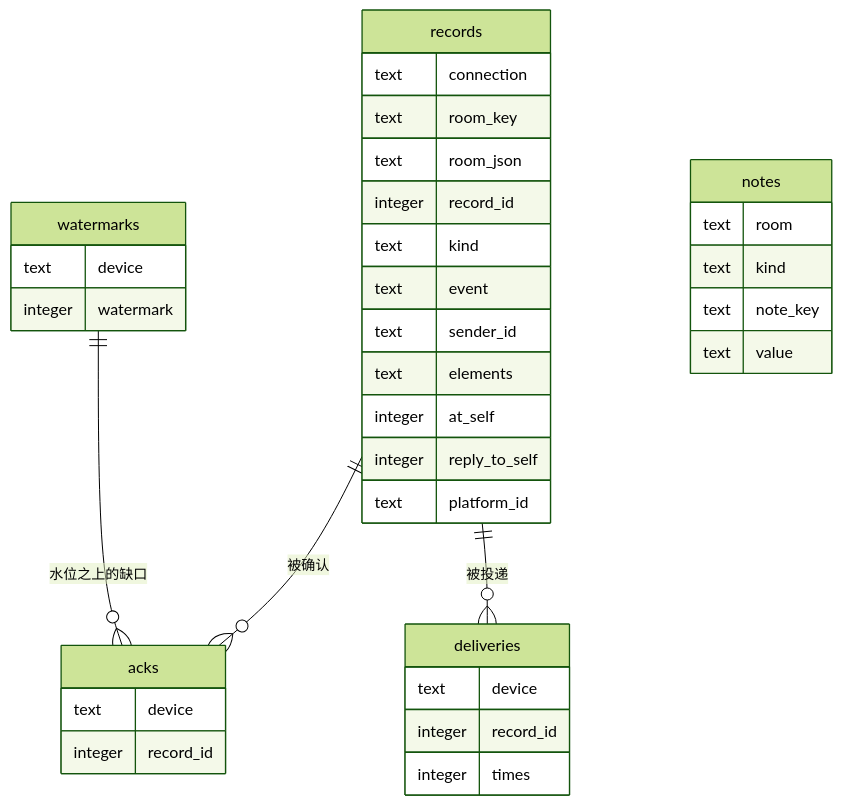
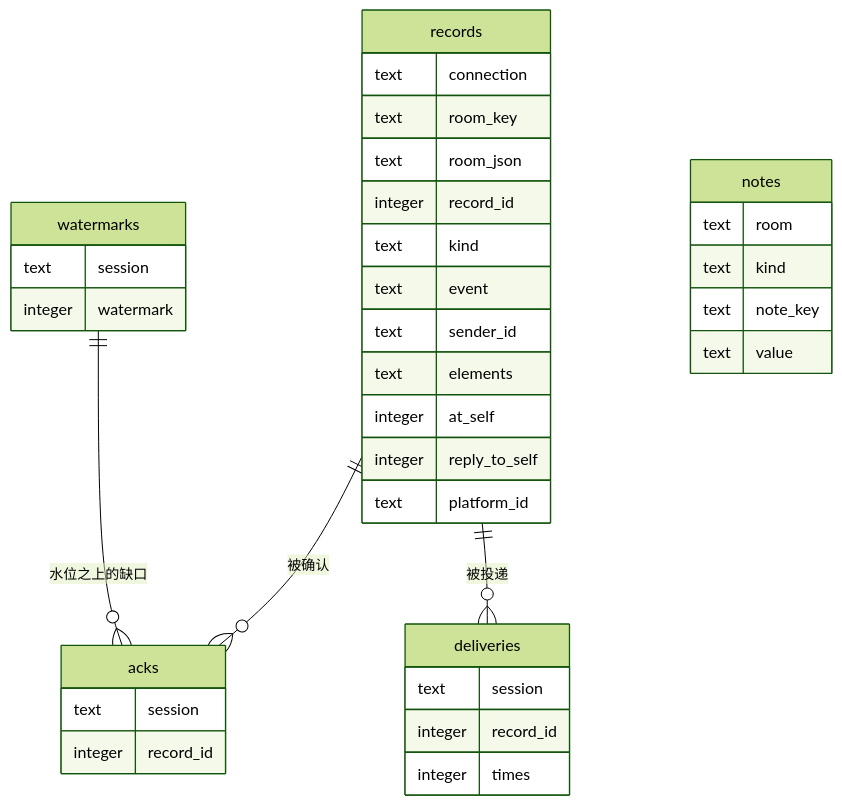
One commit to DataEraserC/qq-bridge changed the diagram in docs/07-storage.md. Above: the diagram before and after it, drawn with Mermaid (forest theme). The commit also changed other lines of this file and 5 other files, not shown here.

First line of the commit message:
开发者文档同步 ADR-0017 后的术语：device/设备 → 会话（session）

````diff
--- a/docs/07-storage.md
+++ b/docs/07-storage.md
@@ -26,38 +26,38 @@
 ```mermaid
 erDiagram
     records {
         text connection
         text room_key
         text room_json
         integer record_id
         text kind
         text event
         text sender_id
         text elements
         integer at_self
         integer reply_to_self
         text platform_id
     }
     watermarks {
-        text device
+        text session
         integer watermark
     }
     acks {
-        text device
+        text session
         integer record_id
     }
     deliveries {
-        text device
+        text session
         integer record_id
         integer times
     }
     notes {
         text room
         text kind
         text note_key
         text value
     }
     records ||--o{ acks : "被确认"
     records ||--o{ deliveries : "被投递"
     watermarks ||--o{ acks : "水位之上的缺口"
 ```
````
